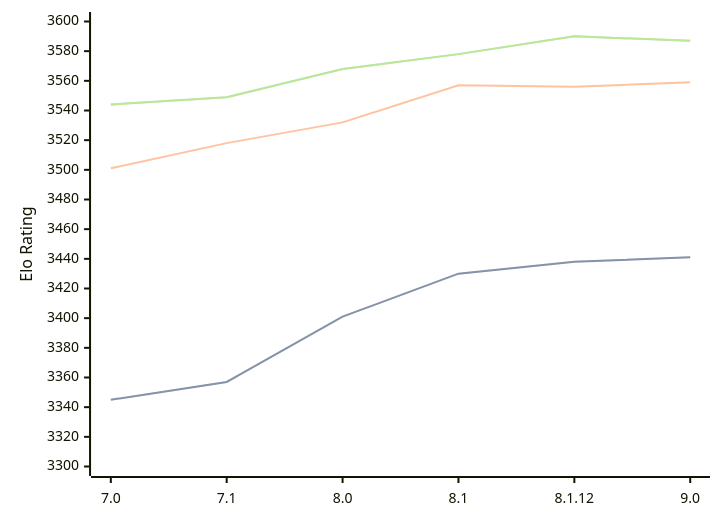
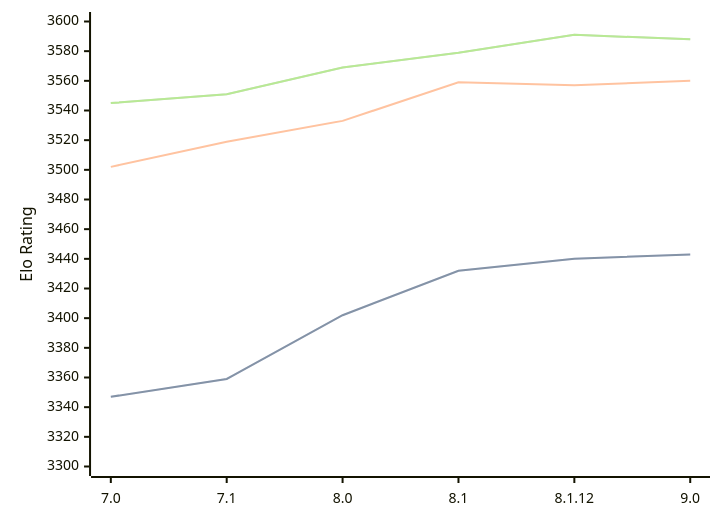
One commit to computer-chess-index/cci changed the diagram in engines/Alexandria.md. Above: the diagram before and after it, drawn with Mermaid. The commit also changed other lines of this file, not shown here.

Commit message:
Update CCI Ratings (ELO VLTC) - 2026-10-09

````diff
--- a/engines/Alexandria.md
+++ b/engines/Alexandria.md
@@ -37,11 +37,11 @@
 ```mermaid
 %%{init: {"theme":"base","themeVariables":{"seriesColors:['#a3a3a3','#222221','#faa371']}}}%%
 xychart-beta
   x-axis ["7.0", "7.1", "8.0", "8.1", "8.1.12", "9.0"]
   y-axis "Elo Rating" 3300 --> 3600
-  line "" [3345, 3357, 3401, 3430, 3438, 3441]
-  line "STC (8.0+0.08s)" [3345, 3357, 3401, 3430, 3438, 3441]
-  line "LTC (60.0+0.60s)" [3501, 3518, 3532, 3557, 3556, 3559]
-  line "" [3544, 3549, 3568, 3578, 3590, 3587]
-  line "VLTC (2m24s+1.12s)" [3544, 3549, 3568, 3578, 3590, 3587]
+  line "" [3347, 3359, 3402, 3432, 3440, 3443]
+  line "STC (8.0+0.08s)" [3347, 3359, 3402, 3432, 3440, 3443]
+  line "LTC (60.0+0.60s)" [3502, 3519, 3533, 3559, 3557, 3560]
+  line "" [3545, 3551, 3569, 3579, 3591, 3588]
+  line "VLTC (2m24s+1.12s)" [3545, 3551, 3569, 3579, 3591, 3588]
 ```
````
